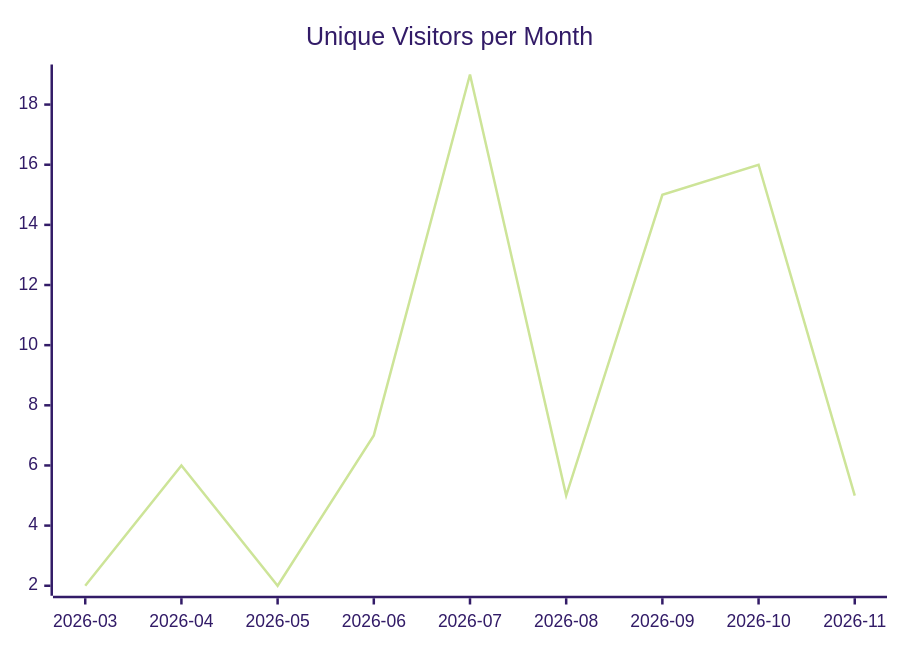
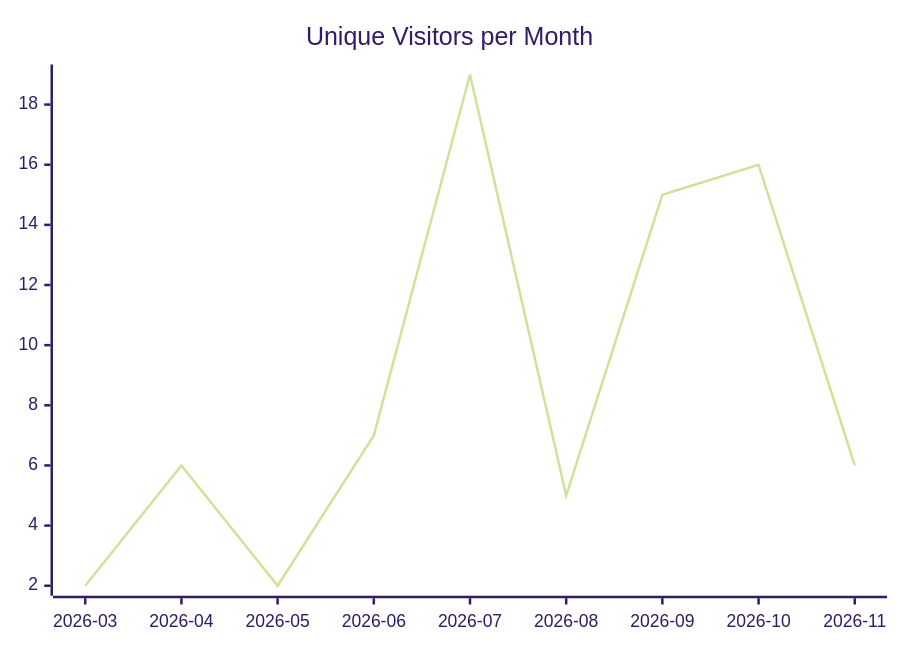
The first of 3 diagrams in karlmdavis/fhir-benchmarks/README.md (justdavis-family/github-analytics-data), drawn with Mermaid (forest theme) before and after one commit. The commit also changed other lines of this file and 188 other files, not shown here.

````diff
--- a/karlmdavis/fhir-benchmarks/README.md
+++ b/karlmdavis/fhir-benchmarks/README.md
@@ -5,6 +5,6 @@
 ```mermaid
 xychart-beta
   title "Unique Visitors per Month"
   x-axis ["2026-03", "2026-04", "2026-05", "2026-06", "2026-07", "2026-08", "2026-09", "2026-10", "2026-11"]
-  line [2, 6, 2, 7, 19, 5, 15, 16, 5]
+  line [2, 6, 2, 7, 19, 5, 15, 16, 6]
 ```
````
